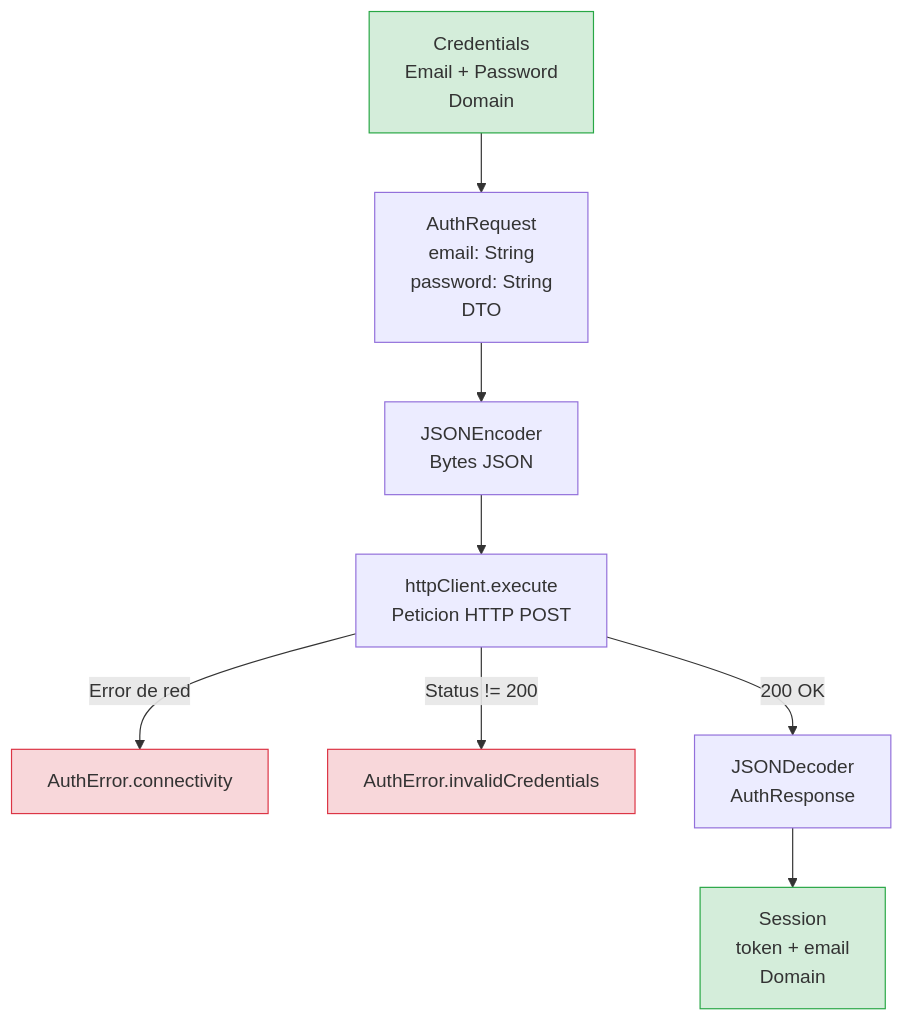
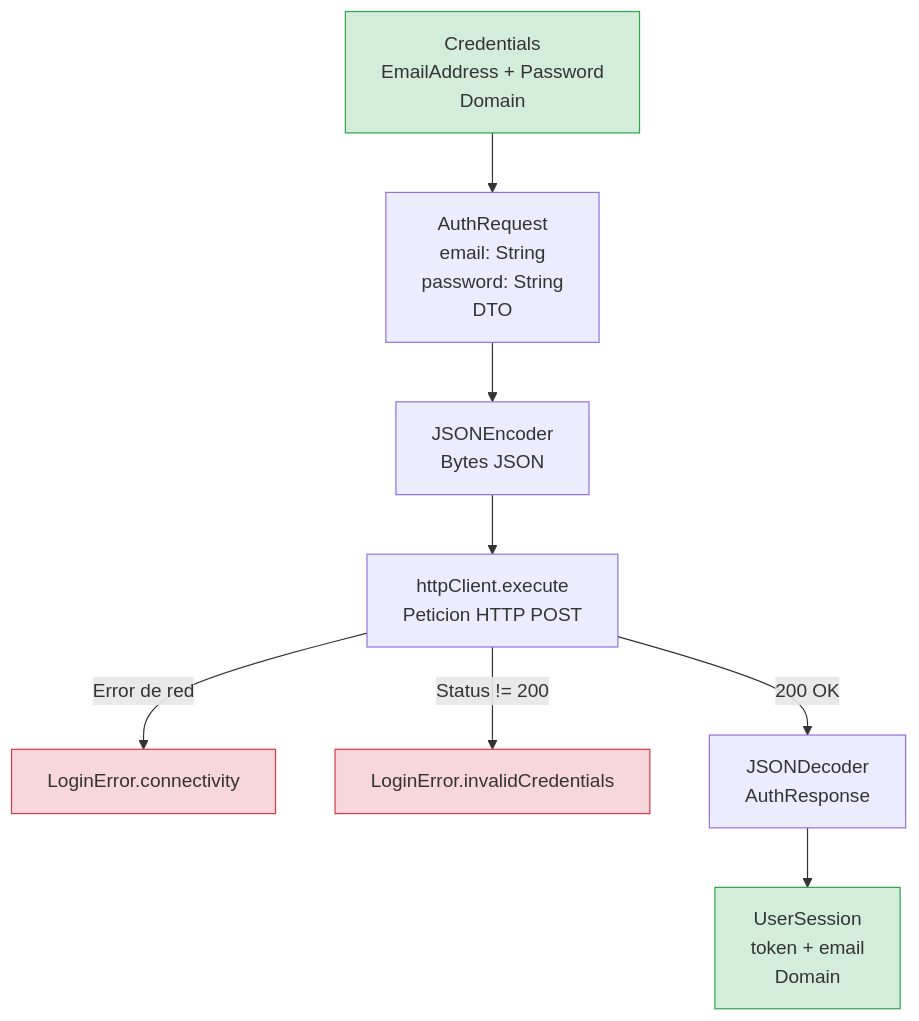
Before and after one commit to SwiftEnProfundidad/stack-my-architecture-ios: the third of 3 diagrams in 01-fundamentos/05-feature-login/03-infrastructure.md, drawn with Mermaid. The commit also changed other lines of this file and 50 other files, not shown here.

````diff
--- a/01-fundamentos/05-feature-login/03-infrastructure.md
+++ b/01-fundamentos/05-feature-login/03-infrastructure.md
@@ -226,15 +226,15 @@
 ```mermaid
 flowchart TD
-    IN["Credentials<br/>Email + Password<br/>Domain"] --> MAP1["AuthRequest<br/>email: String<br/>password: String<br/>DTO"]
+    IN["Credentials<br/>EmailAddress + Password<br/>Domain"] --> MAP1["AuthRequest<br/>email: String<br/>password: String<br/>DTO"]
     MAP1 --> JSON["JSONEncoder<br/>Bytes JSON"]
     JSON --> HTTP["httpClient.execute<br/>Peticion HTTP POST"]
-    HTTP -->|"Error de red"| ERR1["AuthError.connectivity"]
-    HTTP -->|"Status != 200"| ERR2["AuthError.invalidCredentials"]
+    HTTP -->|"Error de red"| ERR1["LoginError.connectivity"]
+    HTTP -->|"Status != 200"| ERR2["LoginError.invalidCredentials"]
     HTTP -->|"200 OK"| PARSE["JSONDecoder<br/>AuthResponse"]
-    PARSE --> MAP2["Session<br/>token + email<br/>Domain"]
+    PARSE --> MAP2["UserSession<br/>token + email<br/>Domain"]
 
     style IN fill:#d4edda,stroke:#28a745
     style MAP2 fill:#d4edda,stroke:#28a745
     style ERR1 fill:#f8d7da,stroke:#dc3545
     style ERR2 fill:#f8d7da,stroke:#dc3545
 ```
````
